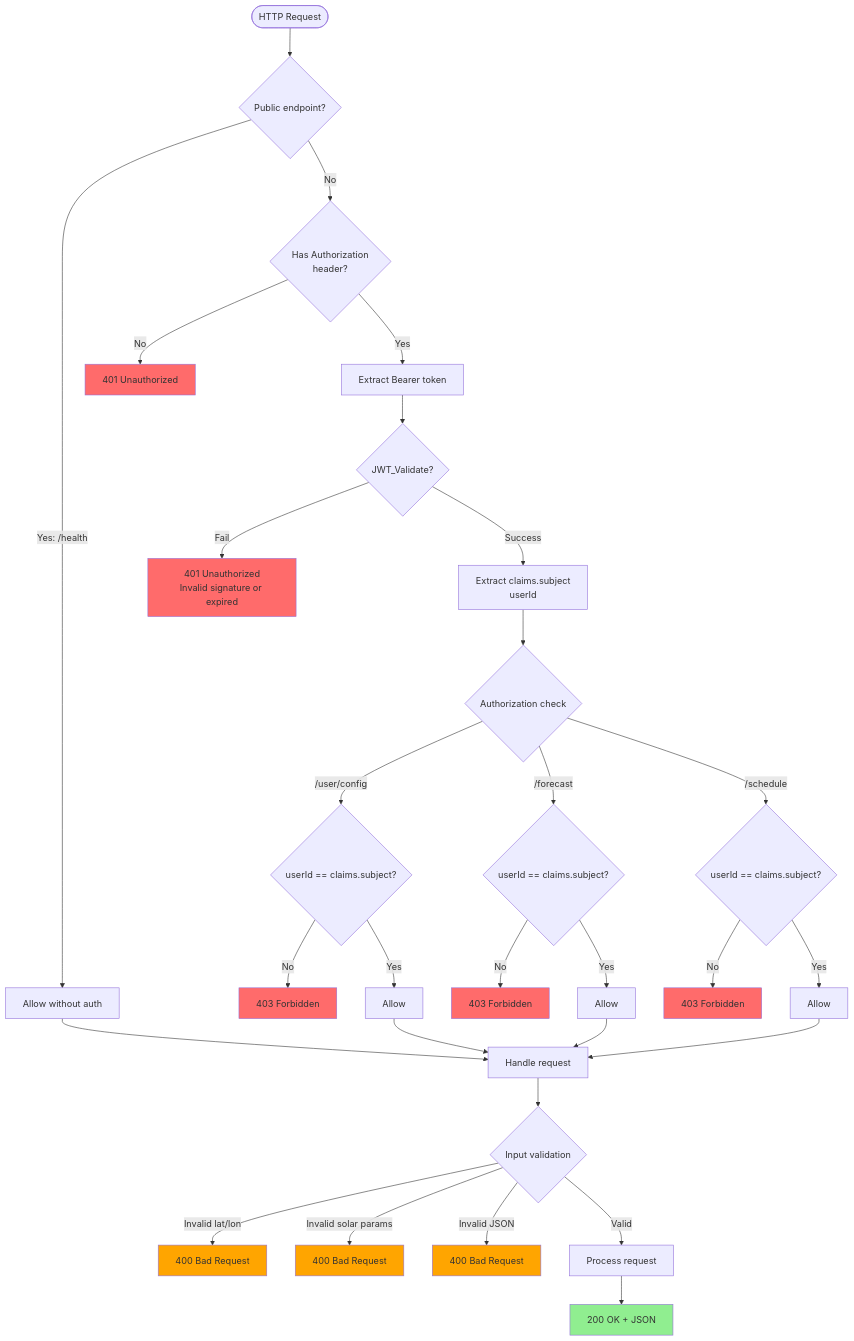
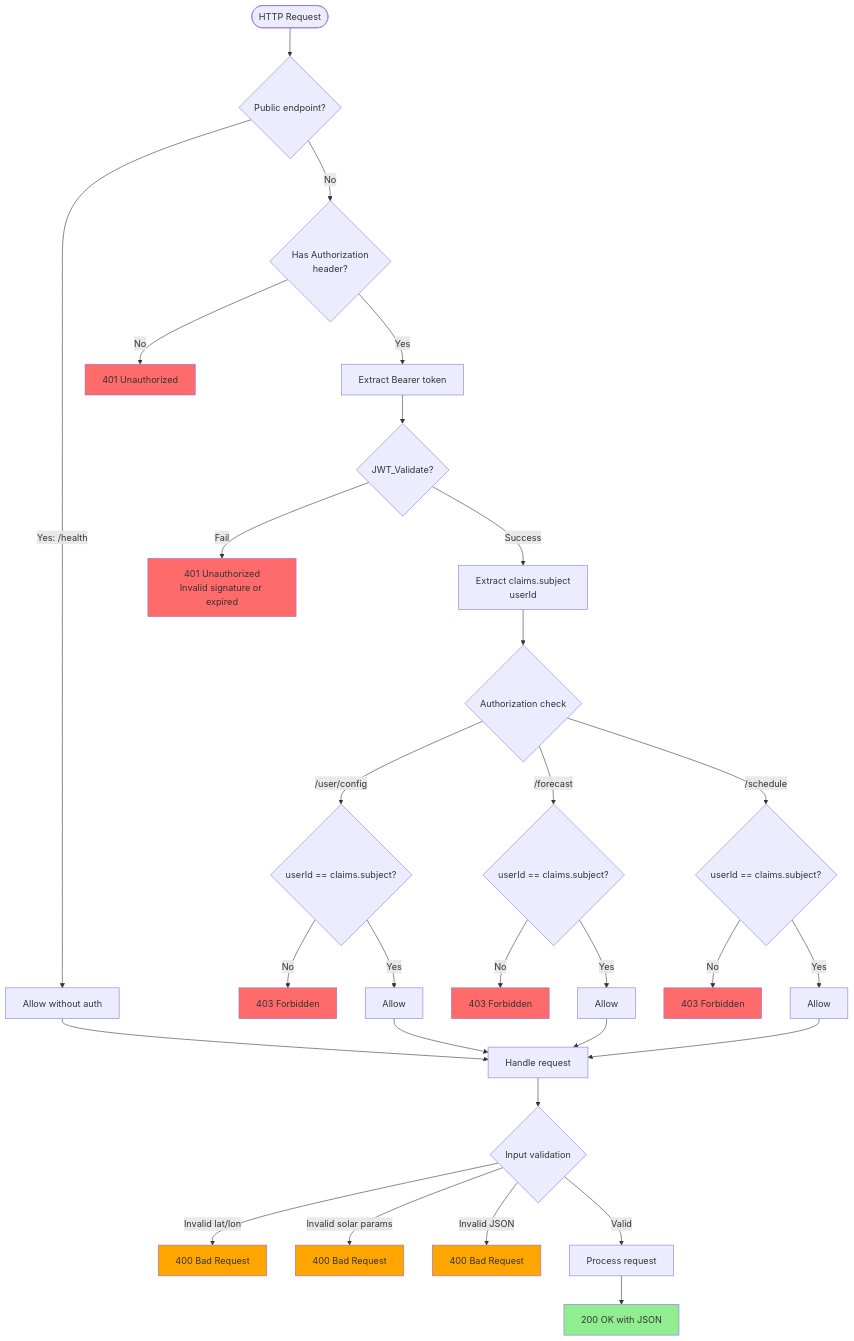
Diagram 15 of 15 in docs/Nya/SYSTEM_ARKITEKTUR_MERMAID.md (allejako/GridGuard), drawn with Mermaid before and after one commit. The commit also changed other lines of this file and 20 other files, not shown here.

````diff
--- a/docs/Nya/SYSTEM_ARKITEKTUR_MERMAID.md
+++ b/docs/Nya/SYSTEM_ARKITEKTUR_MERMAID.md
@@ -1014,58 +1014,58 @@
 ```mermaid
 flowchart TB
     START([HTTP Request])
 
     START --> PUBLIC{Public endpoint?}
 
     PUBLIC -->|Yes: /health| ALLOW1[Allow without auth]
     ALLOW1 --> HANDLE[Handle request]
 
     PUBLIC -->|No| CHECK_JWT{Has Authorization<br/>header?}
 
     CHECK_JWT -->|No| REJECT1[401 Unauthorized]
     CHECK_JWT -->|Yes| EXTRACT[Extract Bearer token]
 
     EXTRACT --> VALIDATE{JWT_Validate?}
 
     VALIDATE -->|Fail| REJECT2[401 Unauthorized<br/>Invalid signature or expired]
 
     VALIDATE -->|Success| CLAIMS[Extract claims.subject<br/>userId]
 
     CLAIMS --> AUTHZ{Authorization check}
 
     AUTHZ -->|/user/config| CHECK_OWN1{userId == claims.subject?}
     CHECK_OWN1 -->|No| REJECT3[403 Forbidden]
     CHECK_OWN1 -->|Yes| ALLOW2[Allow]
 
     AUTHZ -->|/forecast| CHECK_OWN2{userId == claims.subject?}
     CHECK_OWN2 -->|No| REJECT4[403 Forbidden]
     CHECK_OWN2 -->|Yes| ALLOW3[Allow]
 
     AUTHZ -->|/schedule| CHECK_OWN3{userId == claims.subject?}
     CHECK_OWN3 -->|No| REJECT5[403 Forbidden]
     CHECK_OWN3 -->|Yes| ALLOW4[Allow]
 
     ALLOW2 --> HANDLE
     ALLOW3 --> HANDLE
     ALLOW4 --> HANDLE
 
     HANDLE --> INPUT{Input validation}
 
     INPUT -->|Invalid lat/lon| REJECT6[400 Bad Request]
     INPUT -->|Invalid solar params| REJECT7[400 Bad Request]
     INPUT -->|Invalid JSON| REJECT8[400 Bad Request]
 
     INPUT -->|Valid| PROCESS[Process request]
 
-    PROCESS --> RESPONSE[200 OK + JSON]
+    PROCESS --> RESPONSE[200 OK with JSON]
 
     style REJECT1 fill:#ff6b6b
     style REJECT2 fill:#ff6b6b
     style REJECT3 fill:#ff6b6b
     style REJECT4 fill:#ff6b6b
     style REJECT5 fill:#ff6b6b
     style REJECT6 fill:#ffa500
     style REJECT7 fill:#ffa500
     style REJECT8 fill:#ffa500
     style RESPONSE fill:#90EE90
 ```
````
